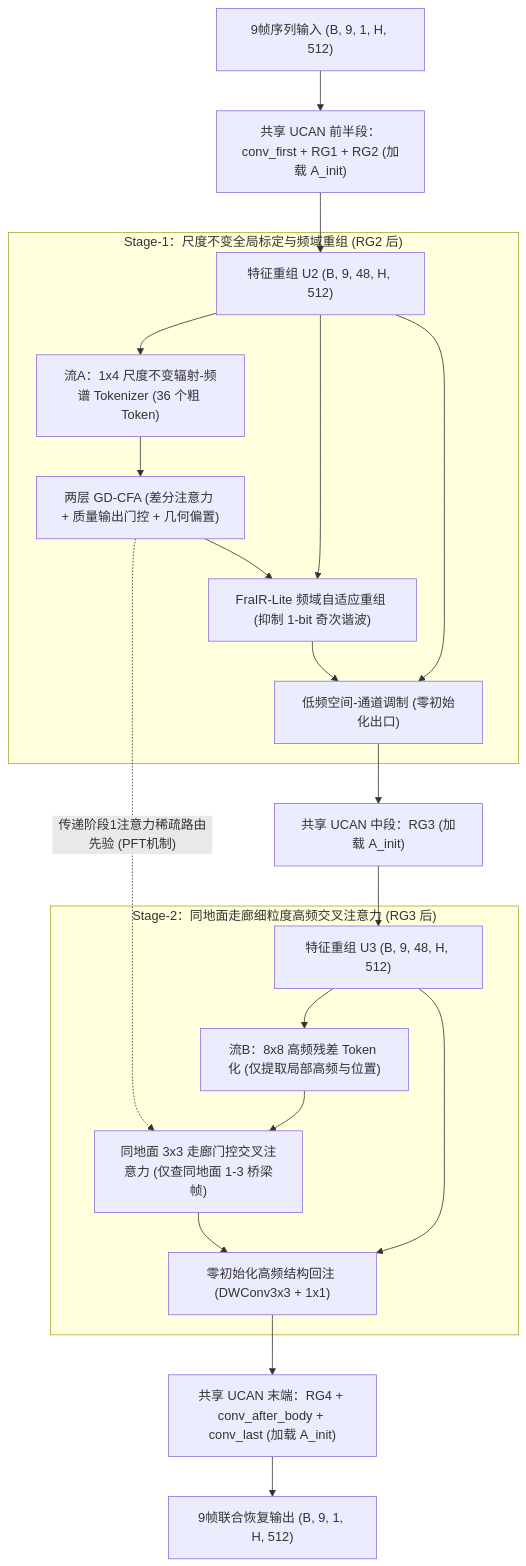
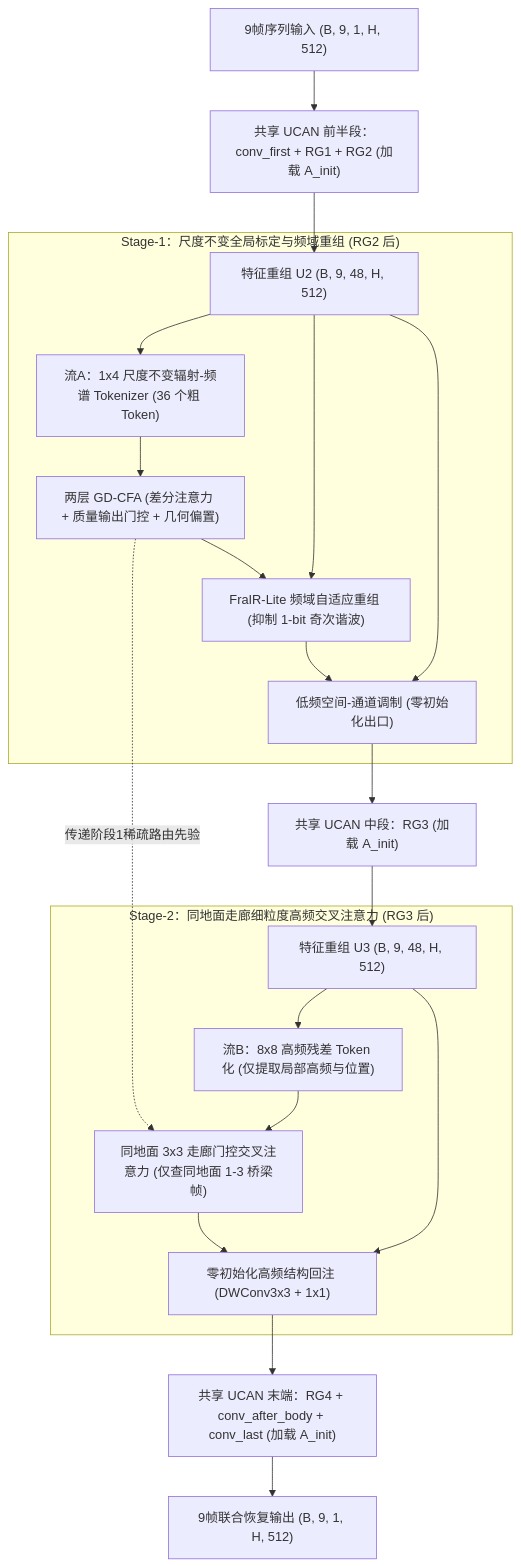
The second of 5 diagrams in docs/架构设计A_基于当前跨帧Token实验演进.md (deathend110/SAR_Sequence_Restore), drawn with Mermaid before and after one commit. The commit also changed other lines of this file and 1 other file, not shown here.

Commit message:
修复两份架构设计文档在Typora中的公式与Mermaid渲染语法错误

````diff
--- a/docs/架构设计A_基于当前跨帧Token实验演进.md
+++ b/docs/架构设计A_基于当前跨帧Token实验演进.md
@@ -91,28 +97,28 @@
 ```mermaid
-flowchart TD
+graph TD
     X["9帧序列输入 (B, 9, 1, H, 512)"] --> ENC["共享 UCAN 前半段：conv_first + RG1 + RG2 (加载 A_init)"]
     ENC --> U2["特征重组 U2 (B, 9, 48, H, 512)"]
 
-    subgraph ST1["Stage-1：尺度不变全局标定与频域重组 (RG2 后)"]
+    subgraph ST1 ["Stage-1：尺度不变全局标定与频域重组 (RG2 后)"]
         U2 --> RSD["流A：1x4 尺度不变辐射-频谱 Tokenizer (36 个粗 Token)"]
         RSD --> GDCFA["两层 GD-CFA (差分注意力 + 质量输出门控 + 几何偏置)"]
         GDCFA --> FRAIR["FraIR-Lite 频域自适应重组 (抑制 1-bit 奇次谐波)"]
         U2 --> FRAIR
         FRAIR --> FILM["低频空间-通道调制 (零初始化出口)"]
     end
 
     U2 --> FILM
     FILM --> RG3["共享 UCAN 中段：RG3 (加载 A_init)"]
     RG3 --> U3["特征重组 U3 (B, 9, 48, H, 512)"]
 
-    subgraph ST2["Stage-2：同地面走廊细粒度高频交叉注意力 (RG3 后)"]
+    subgraph ST2 ["Stage-2：同地面走廊细粒度高频交叉注意力 (RG3 后)"]
         U3 --> FINE["流B：8x8 高频残差 Token 化 (仅提取局部高频与位置)"]
-        GDCFA -.->|"传递阶段1注意力稀疏路由先验 (PFT机制)"| CORR
+        GDCFA -. 传递阶段1稀疏路由先验 .-> CORR
         FINE --> CORR["同地面 3x3 走廊门控交叉注意力 (仅查同地面 1-3 桥梁帧)"]
         CORR --> INJ["零初始化高频结构回注 (DWConv3x3 + 1x1)"]
     end
 
     U3 --> INJ
     INJ --> RG4["共享 UCAN 末端：RG4 + conv_after_body + conv_last (加载 A_init)"]
     RG4 --> OUT["9帧联合恢复输出 (B, 9, 1, H, 512)"]
 ```
````
